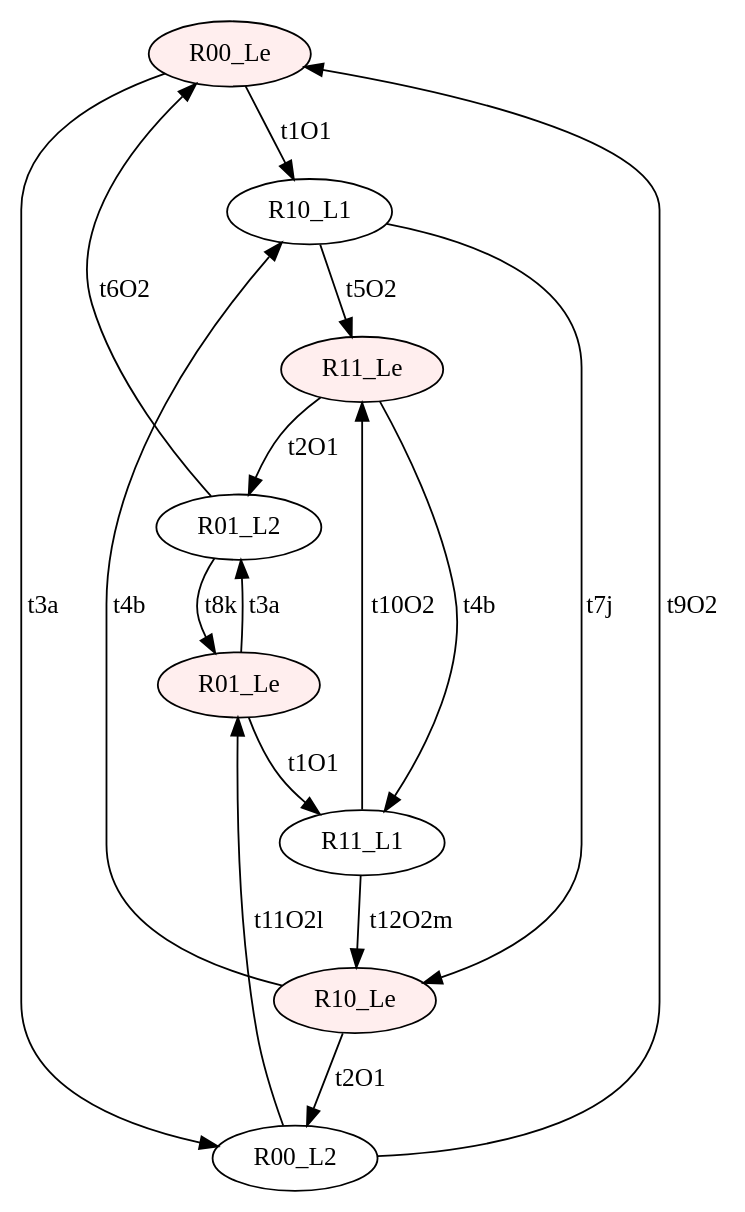
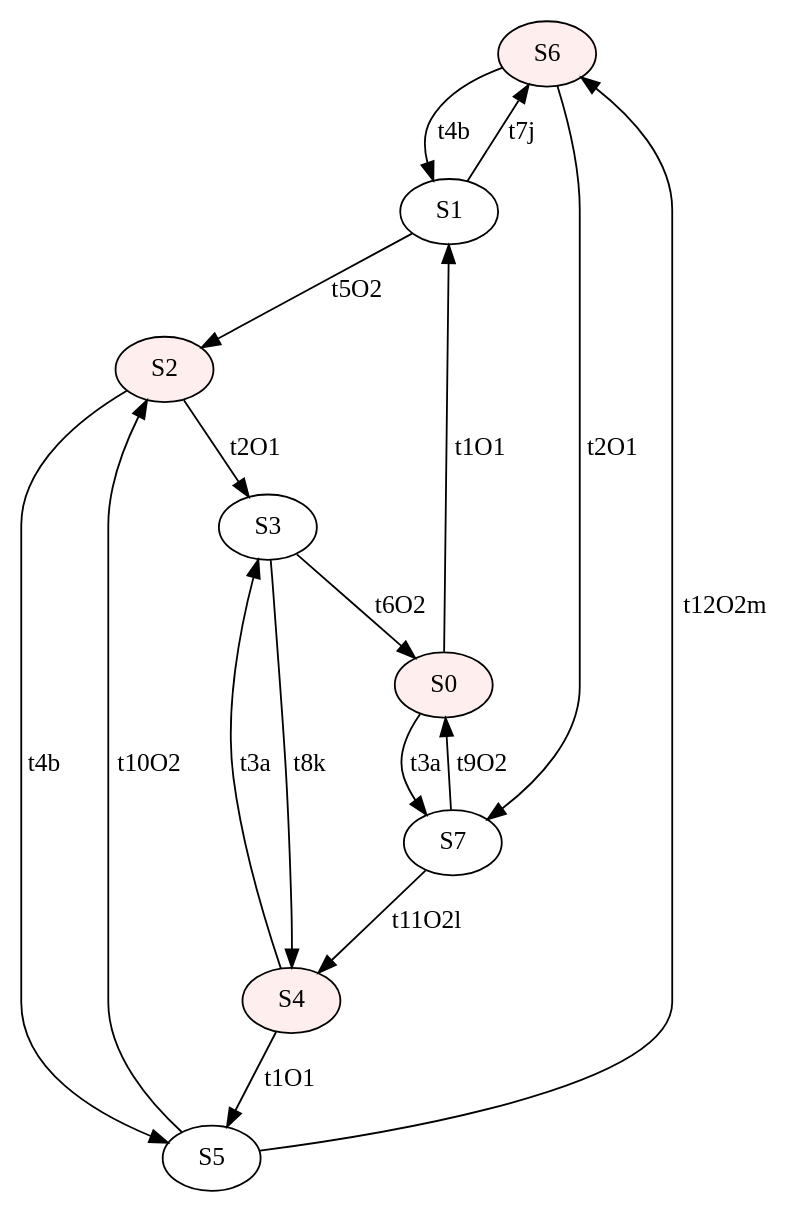
The diagram in input/s2_SC.dot (Stefano-BS/Explanatory-Diagnosis), drawn with Graphviz before and after one commit. The commit also changed 40 other files, not shown here.

```diff
--- a/input/s2_SC.dot
+++ b/input/s2_SC.dot
@@ -1,26 +1,26 @@
 digraph "SCinput/s2" {
-node [style=filled fillcolor="#FFEEEE"]; R00_Le ;
-node [fillcolor="#FFFFFF"]; R10_L1 ;
-node [style=filled fillcolor="#FFEEEE"]; R11_Le ;
-node [fillcolor="#FFFFFF"]; R01_L2 ;
-node [style=filled fillcolor="#FFEEEE"]; R01_Le ;
-node [fillcolor="#FFFFFF"]; R11_L1 ;
-node [style=filled fillcolor="#FFEEEE"]; R10_Le ;
-node [fillcolor="#FFFFFF"]; R00_L2 ;
-R00_Le -> R00_L2 [label=t3a]
-R00_Le -> R10_L1 [label=t1O1]
-R10_L1 -> R10_Le [label=t7j]
-R10_L1 -> R11_Le [label=t5O2]
-R11_Le -> R11_L1 [label=t4b]
-R11_Le -> R01_L2 [label=t2O1]
-R01_L2 -> R01_Le [label=t8k]
-R01_L2 -> R00_Le [label=t6O2]
-R01_Le -> R01_L2 [label=t3a]
-R01_Le -> R11_L1 [label=t1O1]
-R11_L1 -> R10_Le [label=t12O2m]
-R11_L1 -> R11_Le [label=t10O2]
-R10_Le -> R10_L1 [label=t4b]
-R10_Le -> R00_L2 [label=t2O1]
-R00_L2 -> R01_Le [label=t11O2l]
-R00_L2 -> R00_Le [label=t9O2]
+node [style=filled fillcolor="#FFEEEE"]; S6 ;
+node [fillcolor="#FFFFFF"]; S1 ;
+node [style=filled fillcolor="#FFEEEE"]; S2 ;
+node [fillcolor="#FFFFFF"]; S5 ;
+node [style=filled fillcolor="#FFEEEE"]; S0 ;
+node [fillcolor="#FFFFFF"]; S7 ;
+node [style=filled fillcolor="#FFEEEE"]; S4 ;
+node [fillcolor="#FFFFFF"]; S3 ;
+S6 -> S1 [label=t4b]
+S6 -> S7 [label=t2O1]
+S1 -> S6 [label=t7j]
+S1 -> S2 [label=t5O2]
+S2 -> S5 [label=t4b]
+S2 -> S3 [label=t2O1]
+S5 -> S6 [label=t12O2m]
+S5 -> S2 [label=t10O2]
+S0 -> S7 [label=t3a]
+S0 -> S1 [label=t1O1]
+S7 -> S4 [label=t11O2l]
+S7 -> S0 [label=t9O2]
+S4 -> S3 [label=t3a]
+S4 -> S5 [label=t1O1]
+S3 -> S4 [label=t8k]
+S3 -> S0 [label=t6O2]
 }
```
